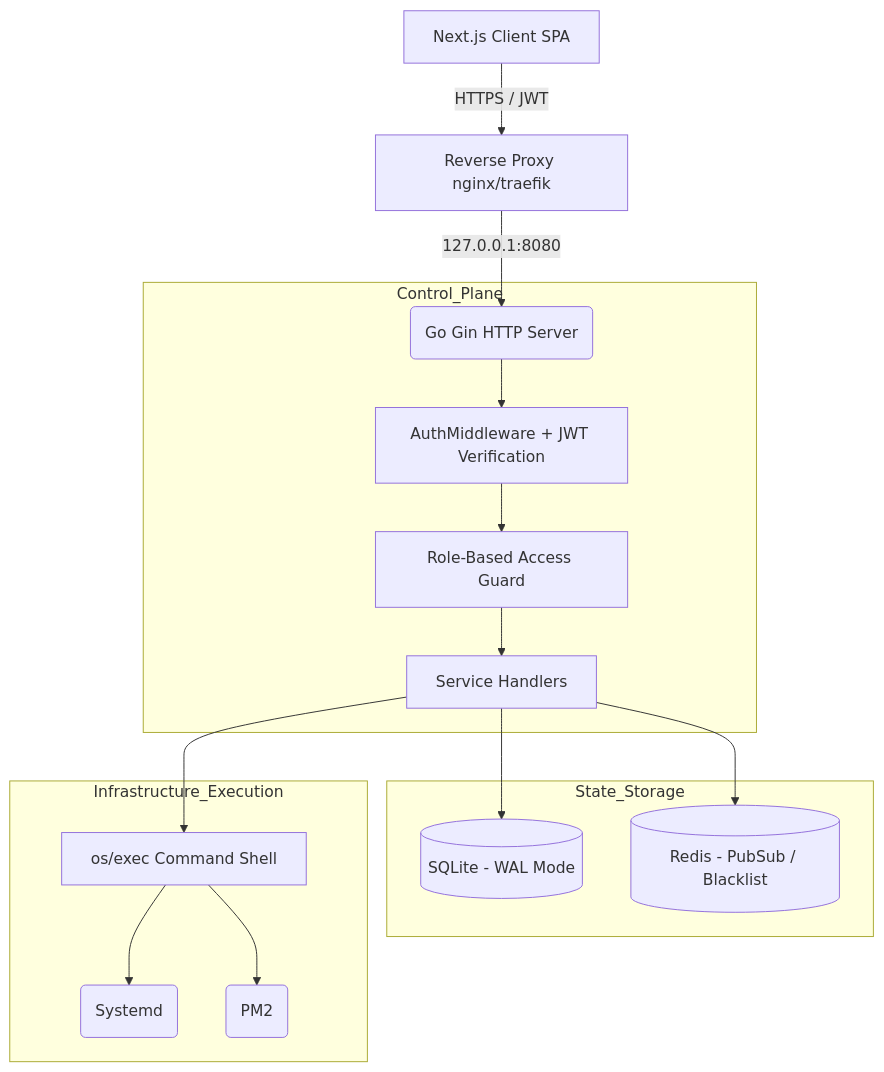
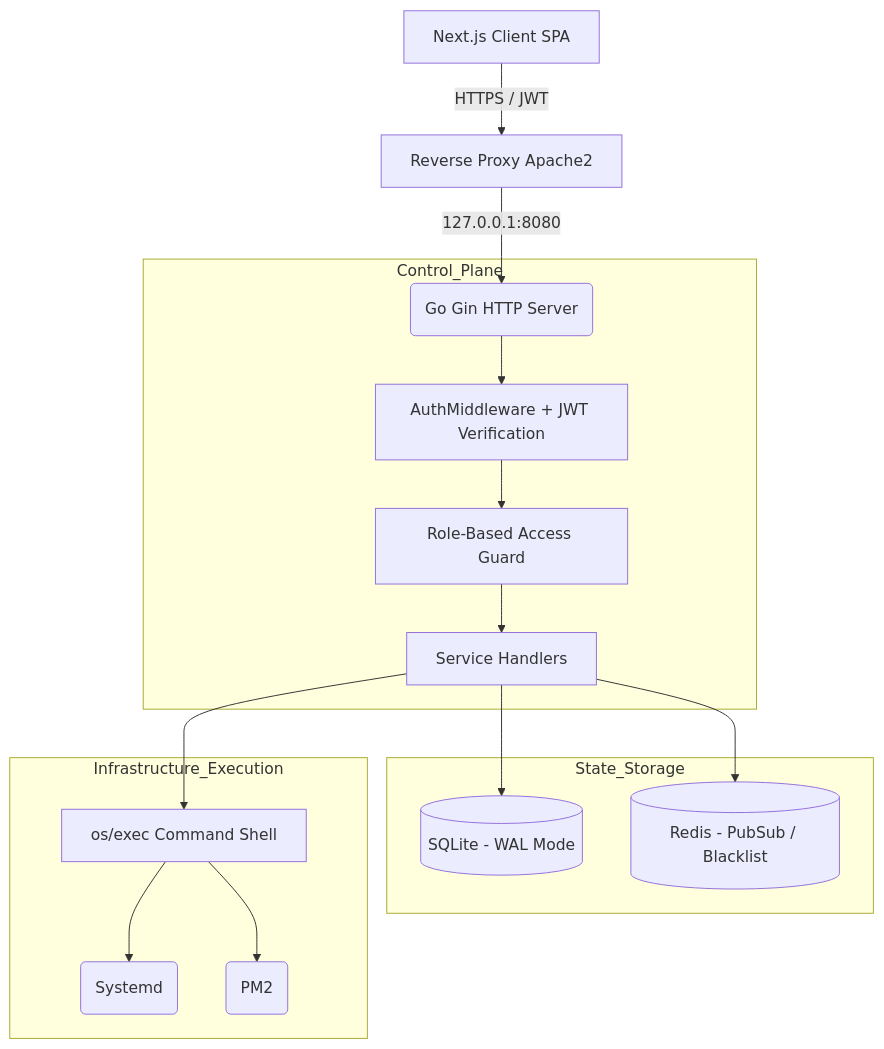
Before and after one commit to McEveritts/AetherFlow: the diagram in docs/CODEBASE_BRAIN.md, drawn with Mermaid. The commit also changed 3 other files, not shown here.

````diff
--- a/docs/CODEBASE_BRAIN.md
+++ b/docs/CODEBASE_BRAIN.md
@@ -17,22 +17,22 @@
 ```mermaid
 graph TD
-    Client[Next.js Client SPA] -->|HTTPS / JWT| Proxy[Reverse Proxy nginx/traefik]
+    Client[Next.js Client SPA] -->|HTTPS / JWT| Proxy[Reverse Proxy Apache2]
     Proxy -->|127.0.0.1:8080| GinRouter(Go Gin HTTP Server)
     
     subgraph Control_Plane
         GinRouter --> AuthMiddleware[AuthMiddleware + JWT Verification]
         AuthMiddleware --> RBAC[Role-Based Access Guard]
         RBAC --> Handlers[Service Handlers]
     end
 
     subgraph State_Storage
         Handlers --> SQLite[(SQLite - WAL Mode)]
         Handlers --> Redis[(Redis - PubSub / Blacklist)]
     end
 
     subgraph Infrastructure_Execution
         Handlers --> OS_Exec[os/exec Command Shell]
         OS_Exec --> Systemd(Systemd)
         OS_Exec --> PM2(PM2)
     end
 ```
````
